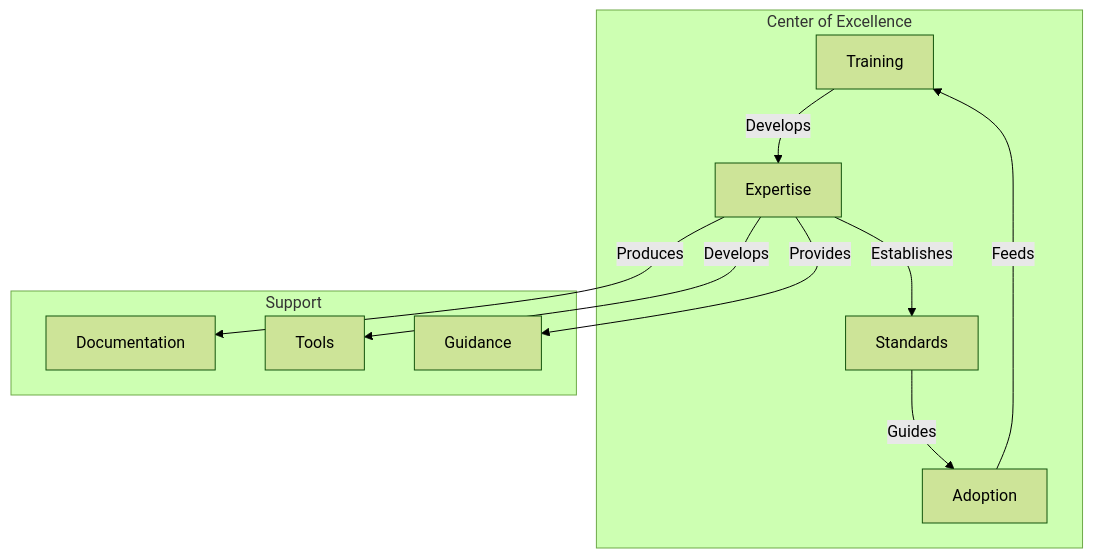
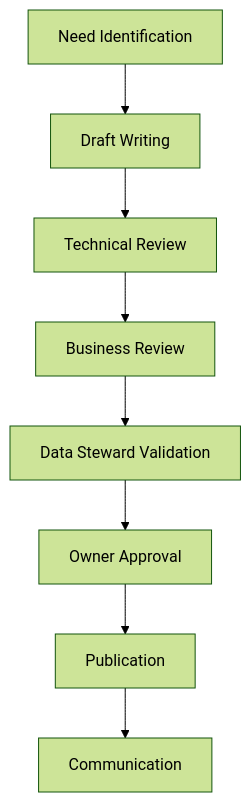
The diagram in docs/en/articles/07-governance-and-adoption.md (monmaya/pyb-data-contracts), drawn with Mermaid (forest theme) before and after one commit. The commit also changed other lines of this file and 10 other files, not shown here.

````diff
--- a/docs/en/articles/07-governance-and-adoption.md
+++ b/docs/en/articles/07-governance-and-adoption.md
@@ -100,19 +50,10 @@
 ```mermaid
 graph TD
-    subgraph "Center of Excellence"
-        A[Training] -->|Develops| B[Expertise]
-        B -->|Establishes| C[Standards]
-        C -->|Guides| D[Adoption]
-        D -->|Feeds| A
-    end
-
-    subgraph "Support"
-        E[Documentation]
-        F[Tools]
-        G[Guidance]
-    end
-
-    B -->|Produces| E
-    B -->|Develops| F
-    B -->|Provides| G
+    A[Need Identification] --> B[Draft Writing]
+    B --> C[Technical Review]
+    C --> D[Business Review]
+    D --> E[Data Steward Validation]
+    E --> F[Owner Approval]
+    F --> G[Publication]
+    G --> H[Communication]
 ```
````
